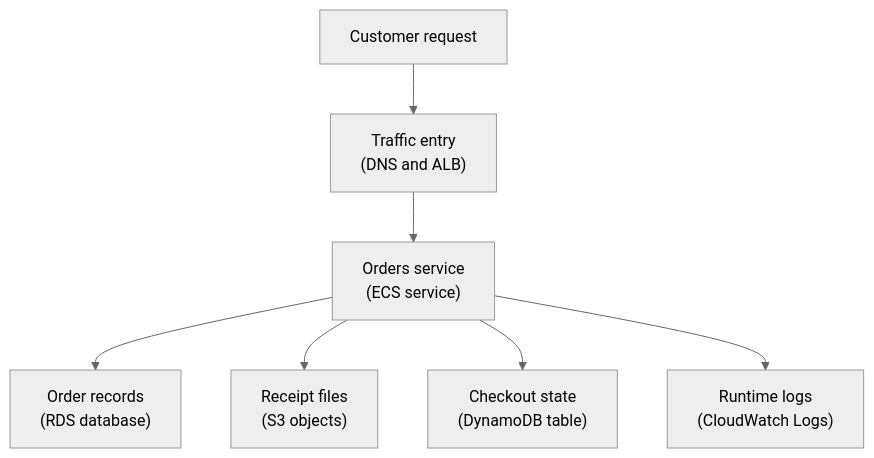
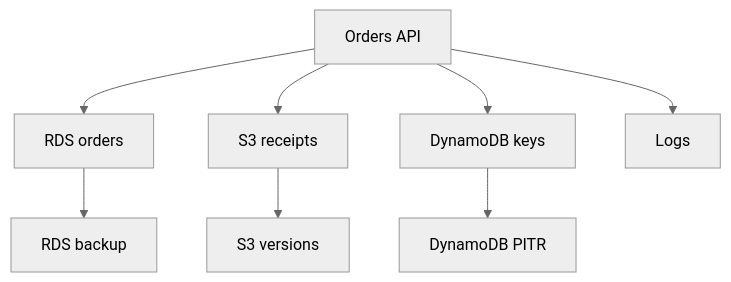
The diagram in cloud-providers/aws/cost-resilience/recovery-planning.md (senlinyy/dev-roadmaps), drawn with Mermaid (neutral theme) before and after one commit. The commit also changed other lines of this file and 275 other files, not shown here.

Commit message:
feat: roadmap structure update

````diff
--- a/cloud-providers/aws/cost-resilience/recovery-planning.md
+++ b/cloud-providers/aws/cost-resilience/recovery-planning.md
@@ -69,17 +53,10 @@
 ```mermaid
 flowchart TD
-    User["Customer request"]
-    DNS["Traffic entry<br/>(DNS and ALB)"]
-    ECS["Orders service<br/>(ECS service)"]
-    RDS["Order records<br/>(RDS database)"]
-    S3["Receipt files<br/>(S3 objects)"]
-    DDB["Checkout state<br/>(DynamoDB table)"]
-    Logs["Runtime logs<br/>(CloudWatch Logs)"]
-
-    User --> DNS
-    DNS --> ECS
-    ECS --> RDS
-    ECS --> S3
-    ECS --> DDB
-    ECS --> Logs
+    API["Orders API"] --> RDS["RDS orders"]
+    API --> S3["S3 receipts"]
+    API --> DDB["DynamoDB keys"]
+    API --> Logs["Logs"]
+    RDS --> RDSBackup["RDS backup"]
+    S3 --> Versions["S3 versions"]
+    DDB --> PITR["DynamoDB PITR"]
 ```
````
